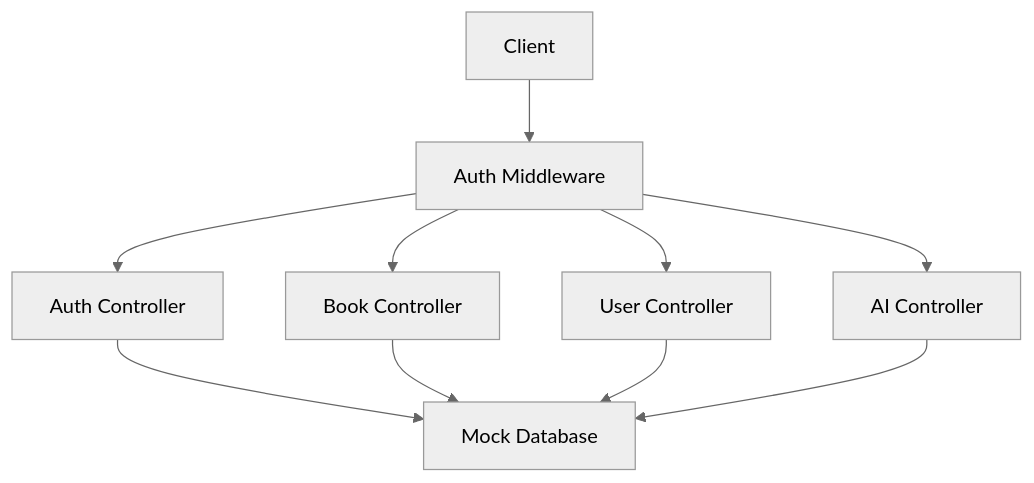
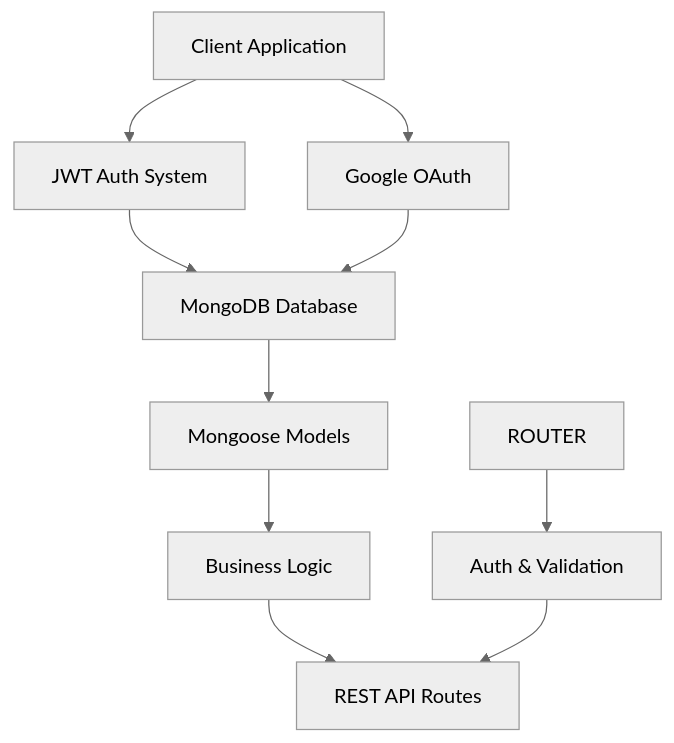
Before and after one commit to ganesh-NB/readsphere: the third of 4 diagrams in .qoder/repowiki/en/content/Data Models and Database Schema/Data Models and Database Schema.md, drawn with Mermaid (neutral theme). The commit also changed other lines of this file and 46 other files, not shown here.

````diff
--- a/.qoder/repowiki/en/content/Data Models and Database Schema/Data Models and Database Schema.md
+++ b/.qoder/repowiki/en/content/Data Models and Database Schema/Data Models and Database Schema.md
@@ -241,19 +271,20 @@
 ```mermaid
 graph TB
-CLIENT["Client"]
-AUTHMW["Auth Middleware"]
-CTRL_AUTH["Auth Controller"]
-CTRL_BOOK["Book Controller"]
-CTRL_USER["User Controller"]
-CTRL_AI["AI Controller"]
-DATA["Mock Database"]
-CLIENT --> AUTHMW
-AUTHMW --> CTRL_AUTH
-AUTHMW --> CTRL_BOOK
-AUTHMW --> CTRL_USER
-AUTHMW --> CTRL_AI
-CTRL_AUTH --> DATA
-CTRL_BOOK --> DATA
-CTRL_USER --> DATA
-CTRL_AI --> DATA
+CLIENT["Client Application"]
+AUTH["JWT Auth System"]
+OAUTH["Google OAuth"]
+DB["MongoDB Database"]
+MODELS["Mongoose Models"]
+CONTROLLERS["Business Logic"]
+ROUTES["REST API Routes"]
+MIDDLEWARE["Auth & Validation"]
+CLIENT --> AUTH
+CLIENT --> OAUTH
+AUTH --> DB
+OAUTH --> DB
+DB --> MODELS
+MODELS --> CONTROLLERS
+CONTROLLERS --> ROUTES
+ROUTER --> MIDDLEWARE
+MIDDLEWARE --> ROUTES
 ```
````
